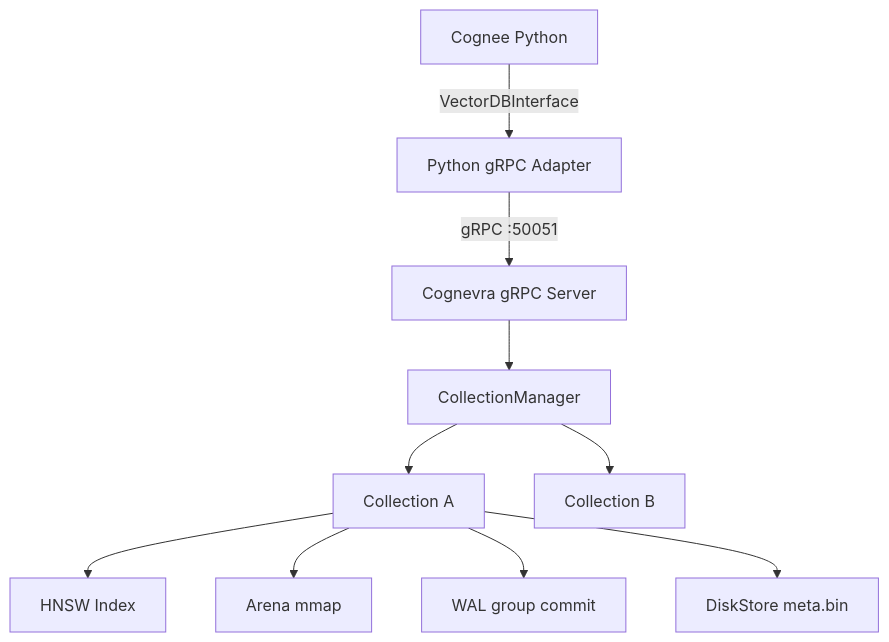
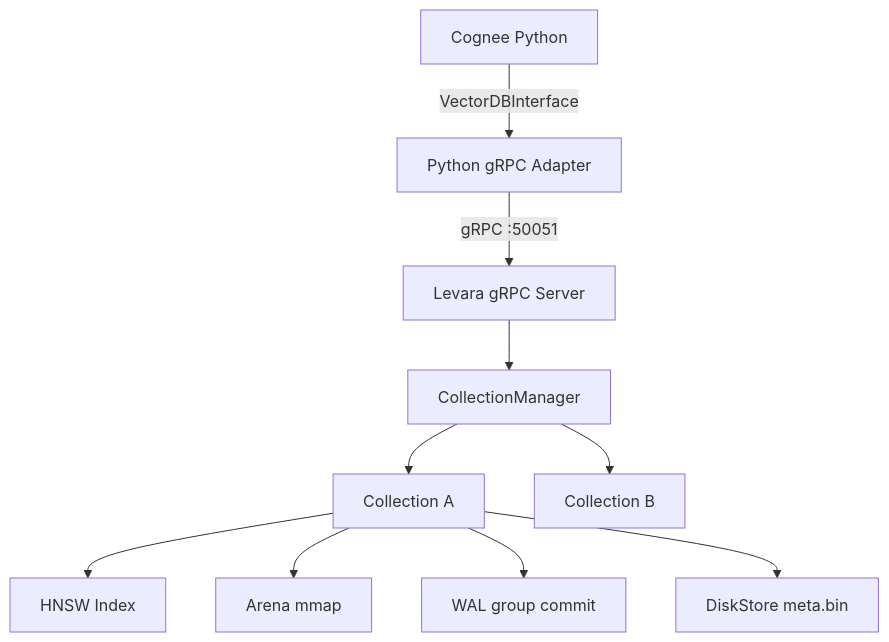
The diagram in README.md (Stek0v/Levara), drawn with Mermaid before and after one commit. The commit also changed other lines of this file and 8 other files, not shown here.

First line of the commit message:
rename(docs): cognevra → levara across user-visible documentation

````diff
--- a/README.md
+++ b/README.md
@@ -35,12 +35,12 @@
 ```mermaid
 flowchart TD
     A[Cognee Python] -->|VectorDBInterface| B[Python gRPC Adapter]
-    B -->|gRPC :50051| C[Cognevra gRPC Server]
+    B -->|gRPC :50051| C[Levara gRPC Server]
     C --> D[CollectionManager]
     D --> E[Collection A]
     D --> F[Collection B]
     E --> G[HNSW Index]
     E --> H[Arena mmap]
     E --> I[WAL group commit]
     E --> J[DiskStore meta.bin]
 ```
````
